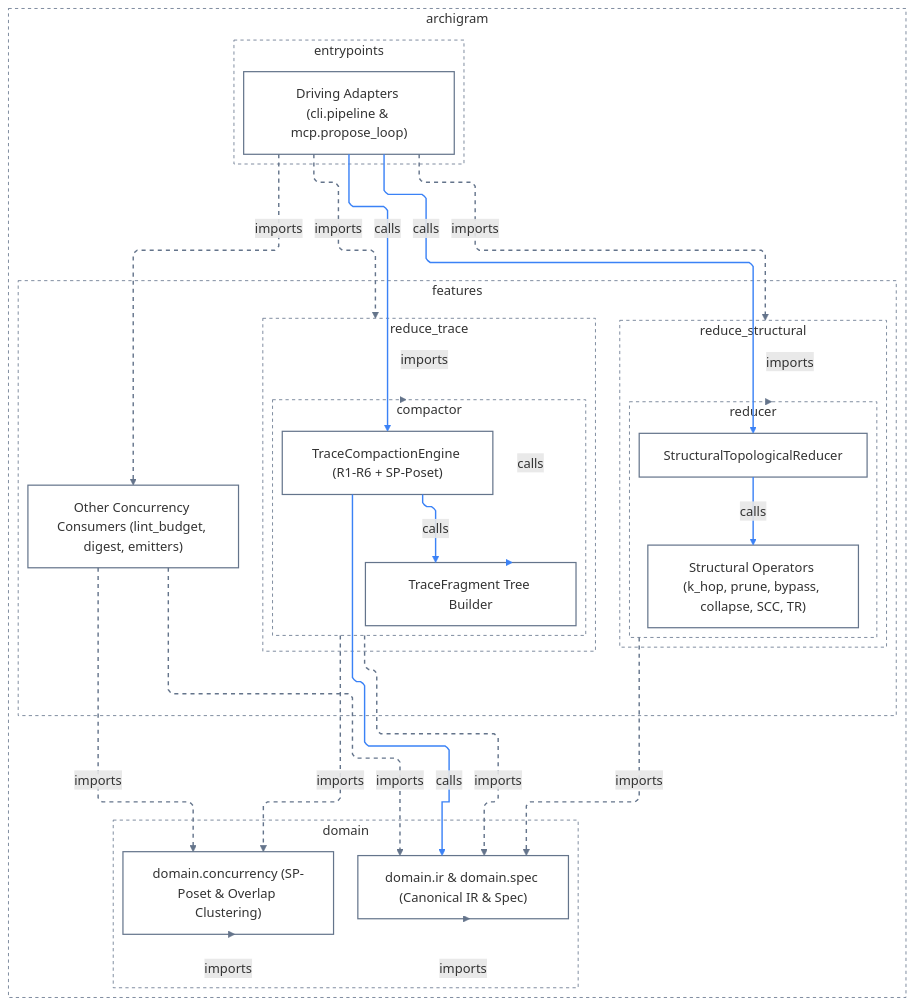
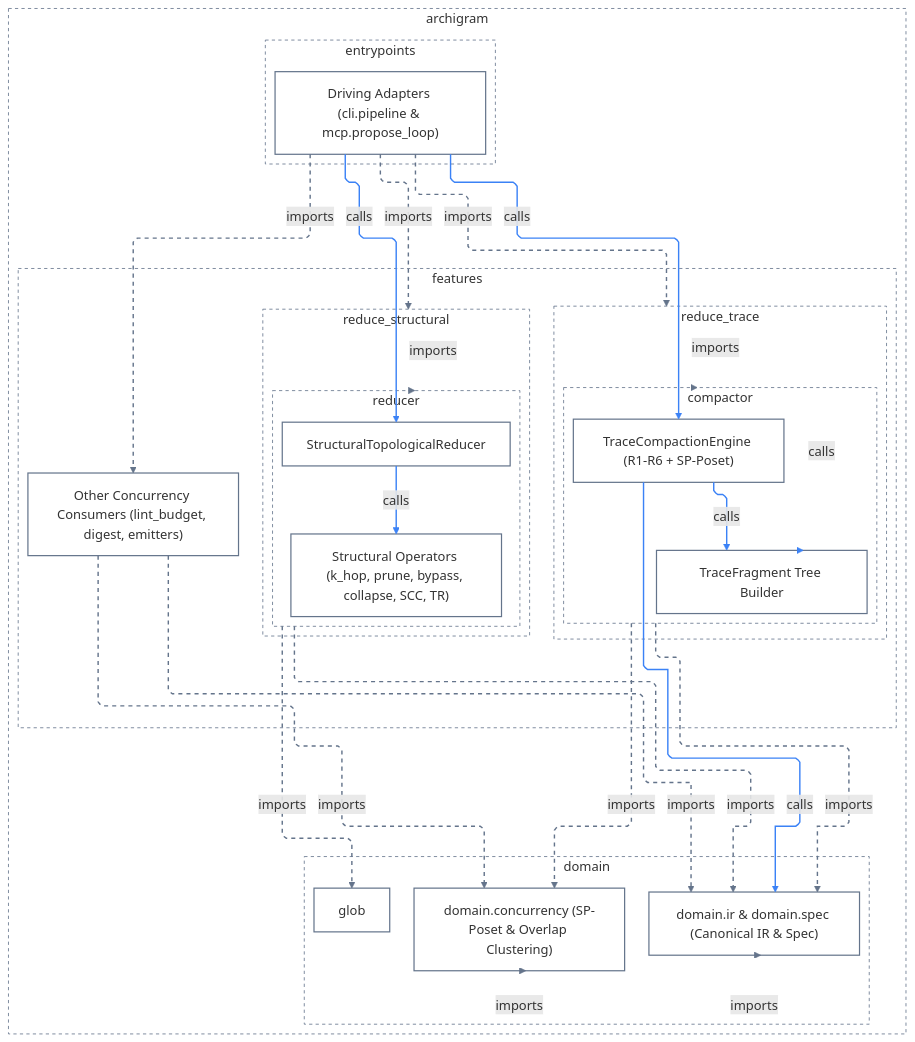
The second of 5 diagrams in docs/architecture/L2-subsystem-guides.md (klcd/archigram), drawn with Mermaid before and after one commit. The commit also changed other lines of this file and 49 other files, not shown here.

Commit message:
fix(domain): unify hierarchical glob matching across gates

````diff
--- a/docs/architecture/L2-subsystem-guides.md
+++ b/docs/architecture/L2-subsystem-guides.md
@@ -83,66 +83,68 @@
 ```mermaid
 ---
 config:
   layout: elk
   elk:
     mergeEdges: false
     nodePlacementStrategy: BRANDES_KOEPF
   flowchart:
     defaultRenderer: elk
     curve: linear
 ---
 flowchart TD
   classDef default fill:transparent,stroke:#64748b,stroke-width:1.5px
   subgraph n0["archigram"]
     subgraph n1["domain"]
-      n9["domain.concurrency (SP-Poset & Overlap Clustering)"]
-      n10["domain.ir & domain.spec (Canonical IR & Spec)"]
+      n2["glob"]
+      n10["domain.concurrency (SP-Poset & Overlap Clustering)"]
+      n11["domain.ir & domain.spec (Canonical IR & Spec)"]
     end
-    subgraph n2["entrypoints"]
-      n11["Driving Adapters (cli.pipeline & mcp.propose_loop)"]
+    subgraph n3["entrypoints"]
+      n12["Driving Adapters (cli.pipeline & mcp.propose_loop)"]
     end
-    subgraph n3["features"]
-      subgraph n4["reduce_structural"]
-        subgraph n5["reducer"]
-          n12["StructuralTopologicalReducer"]
-          n13["Structural Operators (k_hop, prune, bypass, collapse, SCC, TR)"]
+    subgraph n4["features"]
+      subgraph n5["reduce_structural"]
+        subgraph n6["reducer"]
+          n13["StructuralTopologicalReducer"]
+          n14["Structural Operators (k_hop, prune, bypass, collapse, SCC, TR)"]
         end
       end
-      subgraph n6["reduce_trace"]
-        subgraph n7["compactor"]
-          n14["TraceCompactionEngine (R1-R6 + SP-Poset)"]
-          n15["TraceFragment Tree Builder"]
+      subgraph n7["reduce_trace"]
+        subgraph n8["compactor"]
+          n15["TraceCompactionEngine (R1-R6 + SP-Poset)"]
+          n16["TraceFragment Tree Builder"]
         end
       end
-      n8["Other Concurrency Consumers (lint_budget, digest, emitters)"]
+      n9["Other Concurrency Consumers (lint_budget, digest, emitters)"]
     end
   end
   style n0 fill:transparent,stroke:#64748b,stroke-width:1px,stroke-dasharray:4 4
   style n1 fill:transparent,stroke:#64748b,stroke-width:1px,stroke-dasharray:4 4
-  style n2 fill:transparent,stroke:#64748b,stroke-width:1px,stroke-dasharray:4 4
   style n3 fill:transparent,stroke:#64748b,stroke-width:1px,stroke-dasharray:4 4
   style n4 fill:transparent,stroke:#64748b,stroke-width:1px,stroke-dasharray:4 4
   style n5 fill:transparent,stroke:#64748b,stroke-width:1px,stroke-dasharray:4 4
   style n6 fill:transparent,stroke:#64748b,stroke-width:1px,stroke-dasharray:4 4
   style n7 fill:transparent,stroke:#64748b,stroke-width:1px,stroke-dasharray:4 4
-  n11 -.->|"imports"| n4
-  n11 -.->|"imports"| n6
-  n7 -.->|"imports"| n9
-  n9 -.->|"imports"| n1
-  n14 -->|"calls"| n10
-  n5 -.->|"imports"| n10
-  n7 -.->|"imports"| n10
+  style n8 fill:transparent,stroke:#64748b,stroke-width:1px,stroke-dasharray:4 4
+  n12 -.->|"imports"| n5
+  n12 -.->|"imports"| n7
+  n8 -.->|"imports"| n10
   n10 -.->|"imports"| n1
-  n8 -.->|"imports"| n9
-  n8 -.->|"imports"| n10
-  n11 -.->|"imports"| n8
-  n11 -->|"calls"| n12
+  n15 -->|"calls"| n11
+  n6 -.->|"imports"| n11
+  n8 -.->|"imports"| n11
+  n11 -.->|"imports"| n1
+  n9 -.->|"imports"| n10
+  n9 -.->|"imports"| n11
+  n12 -.->|"imports"| n9
   n12 -->|"calls"| n13
-  n11 -->|"calls"| n14
-  n14 -->|"calls"| n15
-  n7 -->|"calls"| n15
-  n4 -.->|"imports"| n5
-  n6 -.->|"imports"| n7
-  linkStyle 0,1,2,3,5,6,7,8,9,10,16,17 stroke:#64748b,stroke-width:1.75px,stroke-dasharray:5 5
+  n13 -->|"calls"| n14
+  n12 -->|"calls"| n15
+  n15 -->|"calls"| n16
+  n8 -->|"calls"| n16
+  n5 -.->|"imports"| n6
+  n6 -.->|"imports"| n2
+  n7 -.->|"imports"| n8
+  linkStyle 0,1,2,3,5,6,7,8,9,10,16,17,18 stroke:#64748b,stroke-width:1.75px,stroke-dasharray:5 5
   linkStyle 4,11,12,13,14,15 stroke:#3b82f6,stroke-width:1.75px
 ```
````
